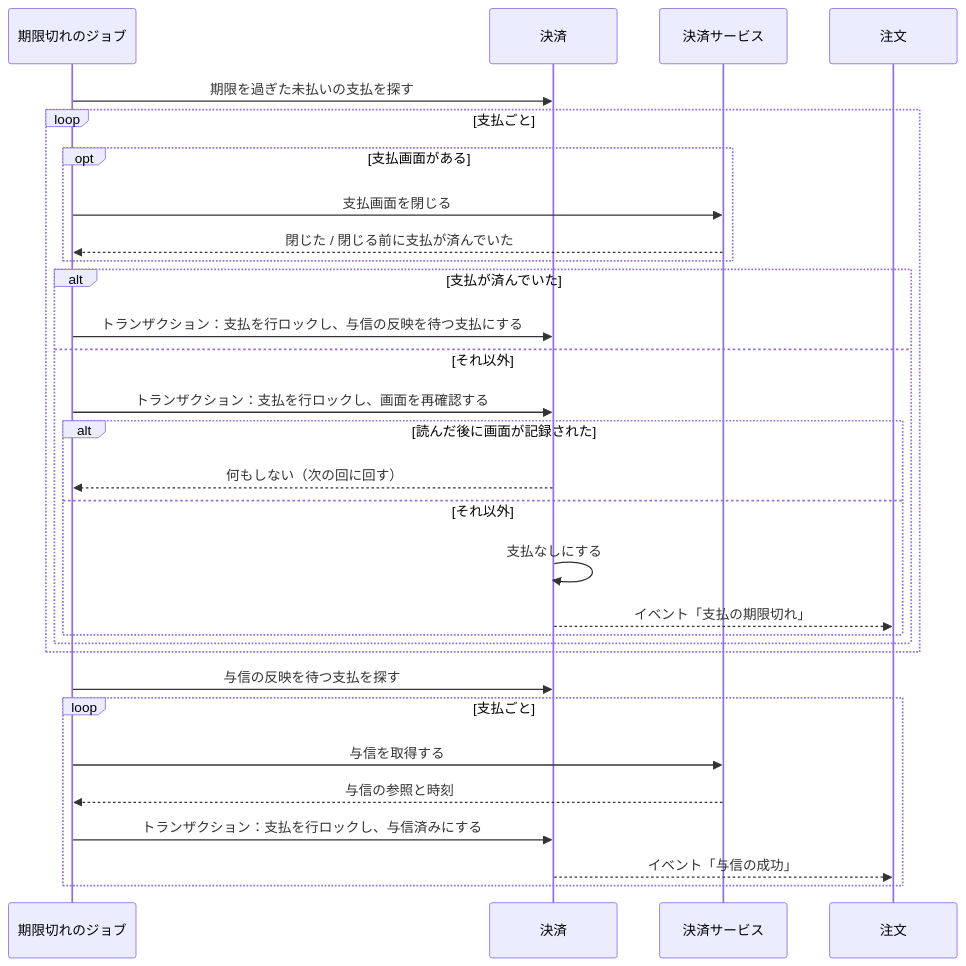
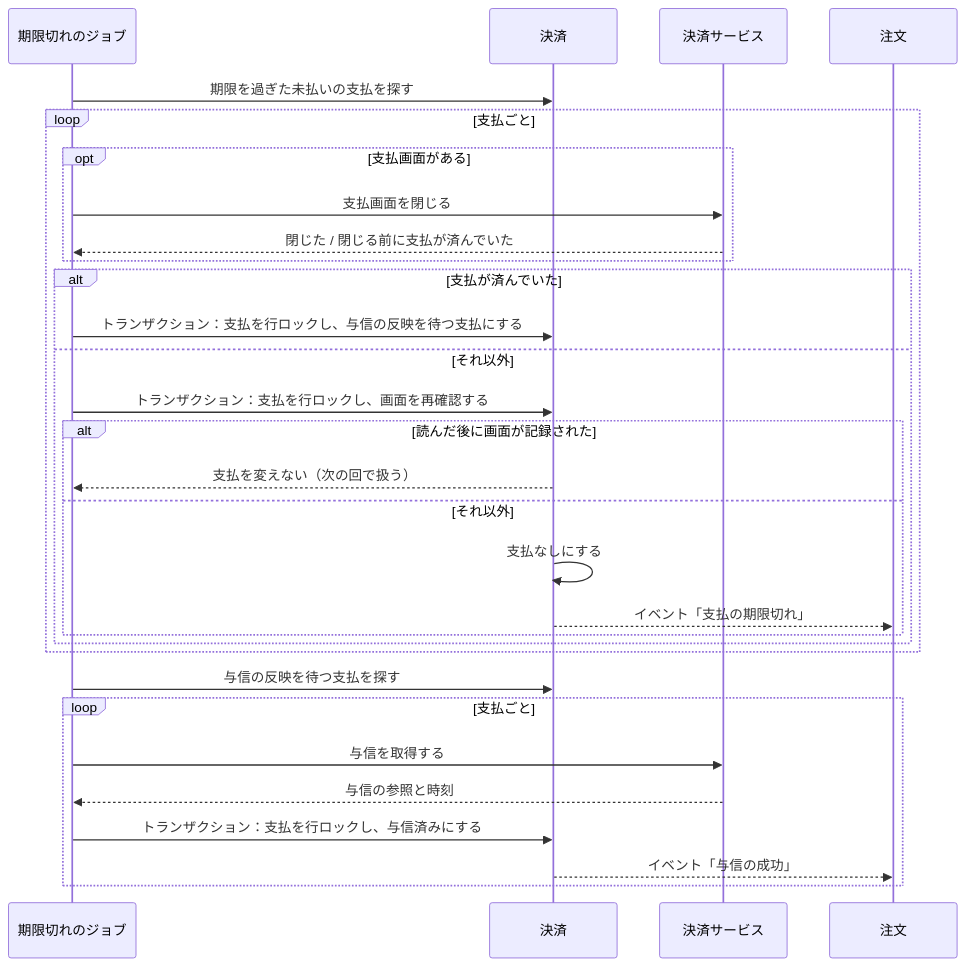
One commit to roger88106/ec-site changed the third of 5 diagrams in docs/02-設計/payment.md. Above: the diagram before and after it, drawn with Mermaid. The commit also changed other lines of this file and 2 other files, not shown here.

````diff
--- a/docs/02-設計/payment.md
+++ b/docs/02-設計/payment.md
@@ -155,32 +155,32 @@
 ```mermaid
 sequenceDiagram
     participant J as 期限切れのジョブ
     participant P as 決済
     participant G as 決済サービス
     participant O as 注文
     J->>P: 期限を過ぎた未払いの支払を探す
     loop 支払ごと
         opt 支払画面がある
             J->>G: 支払画面を閉じる
             G-->>J: 閉じた / 閉じる前に支払が済んでいた
         end
         alt 支払が済んでいた
             J->>P: トランザクション：支払を行ロックし、与信の反映を待つ支払にする
         else それ以外
             J->>P: トランザクション：支払を行ロックし、画面を再確認する
             alt 読んだ後に画面が記録された
-                P-->>J: 何もしない（次の回に回す）
+                P-->>J: 支払を変えない（次の回で扱う）
             else それ以外
                 P->>P: 支払なしにする
                 P-->>O: イベント「支払の期限切れ」
             end
         end
     end
     J->>P: 与信の反映を待つ支払を探す
     loop 支払ごと
         J->>G: 与信を取得する
         G-->>J: 与信の参照と時刻
         J->>P: トランザクション：支払を行ロックし、与信済みにする
         P-->>O: イベント「与信の成功」
     end
 ```
````
